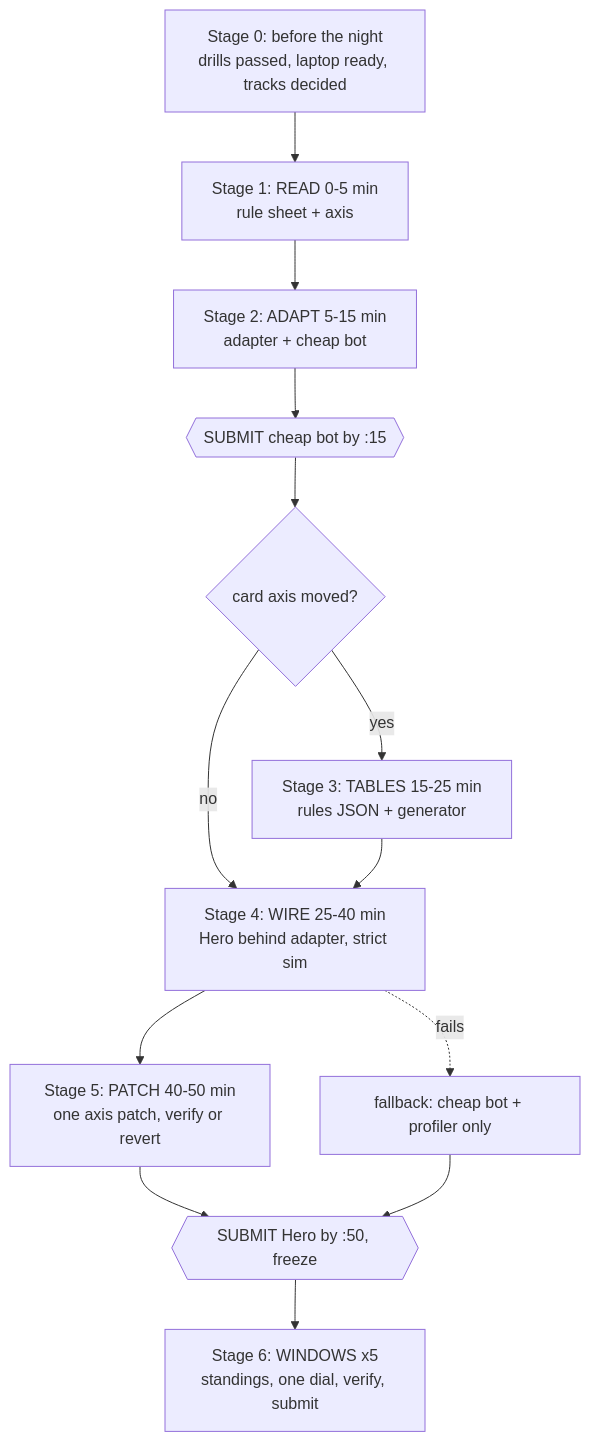
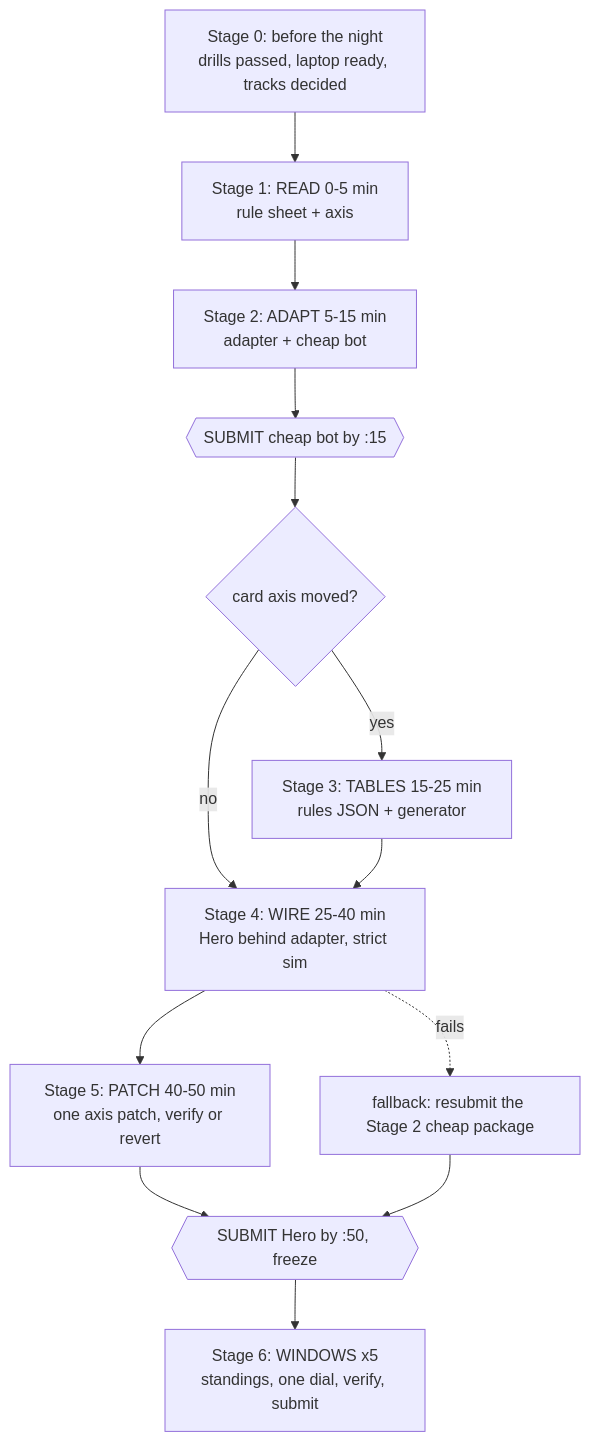
One commit to hyattc1/hyperion changed the diagram in PLAYBOOK.md. Above: the diagram before and after it, drawn with Mermaid. The commit also changed other lines of this file and 2 other files, not shown here.

Commit message:
Playbook pass after review 1: Track A default, self-referenced Stage 4 gate, cheap-package fallback, upload cadence per rules 3.5, real Config keys in the signal table and prompt 06, agent reads three sections only

````diff
--- a/PLAYBOOK.md
+++ b/PLAYBOOK.md
@@ -32,15 +33,15 @@
 ```mermaid
 flowchart TD
     S0[Stage 0: before the night<br/>drills passed, laptop ready, tracks decided] --> S1
     S1[Stage 1: READ 0-5 min<br/>rule sheet + axis] --> S2
     S2[Stage 2: ADAPT 5-15 min<br/>adapter + cheap bot] --> SUB1{{SUBMIT cheap bot by :15}}
     SUB1 --> Q{card axis moved?}
     Q -- yes --> S3[Stage 3: TABLES 15-25 min<br/>rules JSON + generator]
     Q -- no --> S4
     S3 --> S4[Stage 4: WIRE 25-40 min<br/>Hero behind adapter, strict sim]
     S4 --> S5[Stage 5: PATCH 40-50 min<br/>one axis patch, verify or revert]
     S5 --> SUB2{{SUBMIT Hero by :50, freeze}}
     SUB2 --> W[Stage 6: WINDOWS x5<br/>standings, one dial, verify, submit]
-    S4 -. fails .-> FB[fallback: cheap bot + profiler only]
+    S4 -. fails .-> FB[fallback: resubmit the Stage 2 cheap package]
     FB --> SUB2
 ```
````
